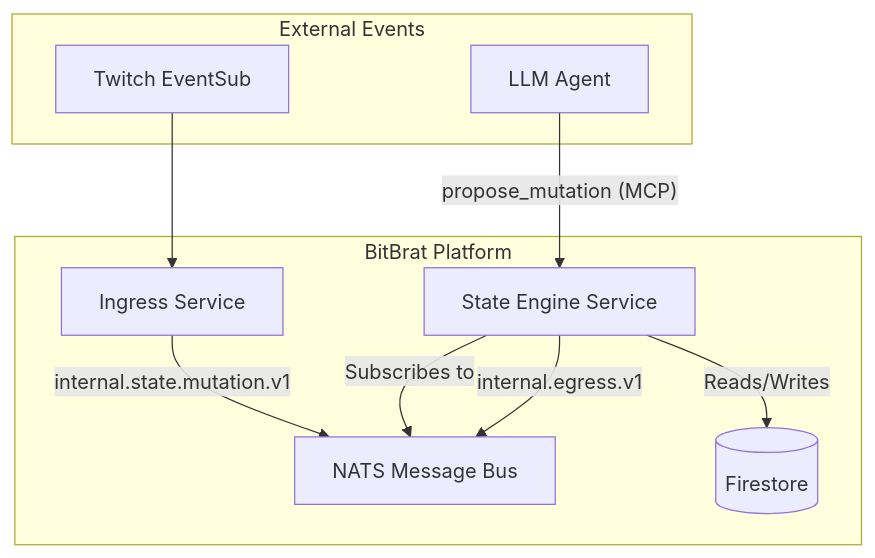
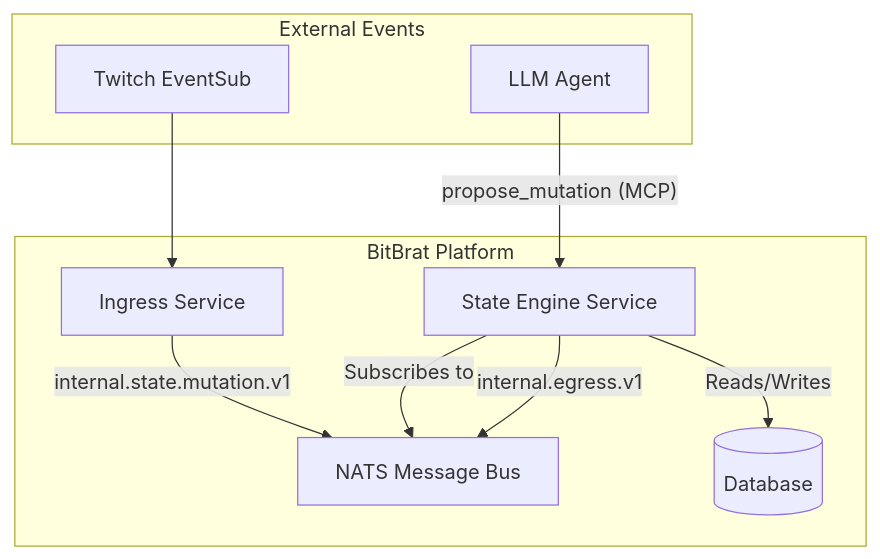
The diagram in documentation/services/state-engine/technical-overview.md (cnavta/BitBrat), drawn with Mermaid before and after one commit. The commit also changed other lines of this file and 3 other files, not shown here.

````diff
--- a/documentation/services/state-engine/technical-overview.md
+++ b/documentation/services/state-engine/technical-overview.md
@@ -28,21 +28,21 @@
 ```mermaid
 graph TD
     subgraph "External Events"
         Twitch[Twitch EventSub]
         LLM[LLM Agent]
     end
 
     subgraph "BitBrat Platform"
         Ingress[Ingress Service]
         StateEngine[State Engine Service]
         Bus[NATS Message Bus]
-        Firestore[(Firestore)]
+        Database[(Database)]
     end
 
     Twitch --> Ingress
     Ingress -- "internal.state.mutation.v1" --> Bus
     LLM -- "propose_mutation (MCP)" --> StateEngine
     StateEngine -- Subscribes to --> Bus
-    StateEngine -- Reads/Writes --> Firestore
+    StateEngine -- Reads/Writes --> Database
     StateEngine -- "internal.egress.v1" --> Bus
 ```
````
